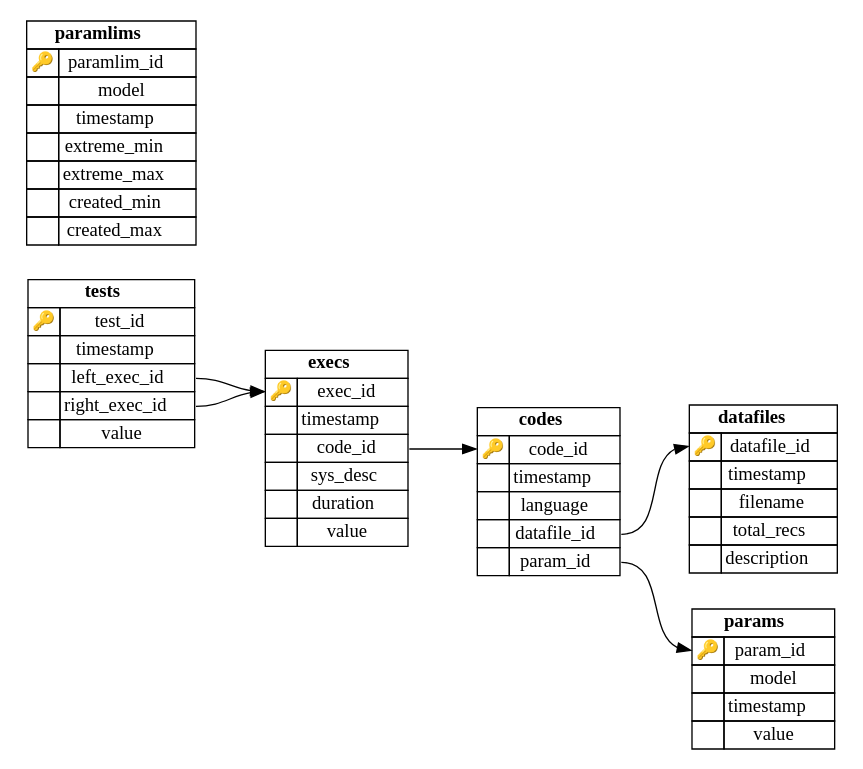
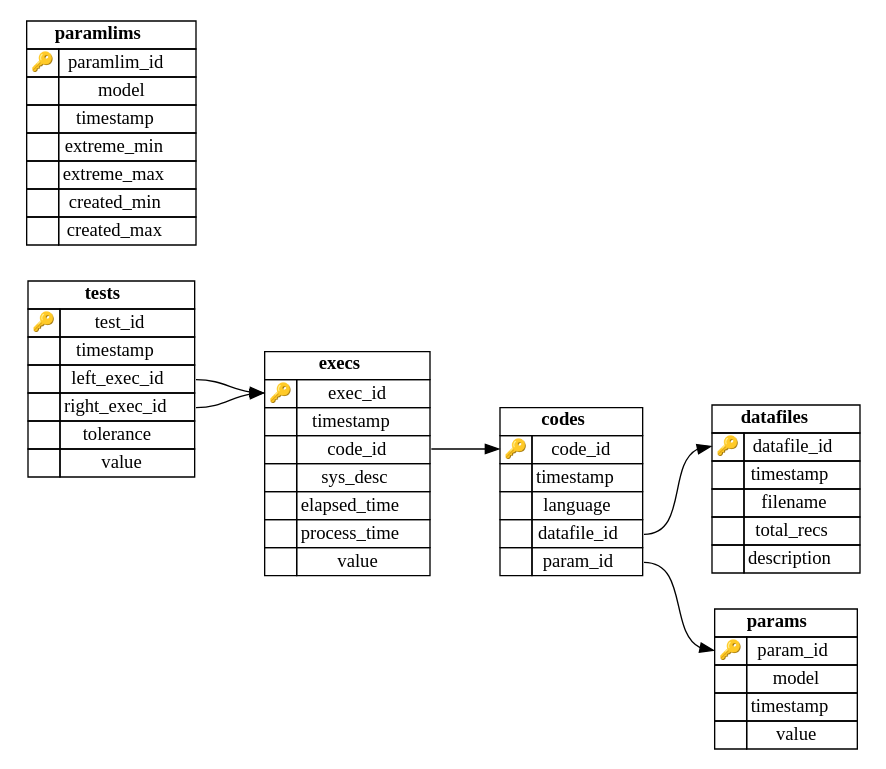
One commit to hgfernan/ctsa changed the diagram in doc/img/schema.dot. Above: the diagram before and after it, drawn with Graphviz. The commit also changed 11 other files, not shown here.

```diff
--- a/doc/img/schema.dot
+++ b/doc/img/schema.dot
@@ -114,8 +114,14 @@
             
 
                 <TR>
-                    <TD PORT="duration_to">&nbsp;</TD>
-                    <TD PORT="duration_from">duration</TD>
+                    <TD PORT="elapsed_time_to">&nbsp;</TD>
+                    <TD PORT="elapsed_time_from">elapsed_time</TD>
+                </TR>
+            
+
+                <TR>
+                    <TD PORT="process_time_to">&nbsp;</TD>
+                    <TD PORT="process_time_from">process_time</TD>
                 </TR>
             
 
@@ -240,6 +246,12 @@
             
 
                 <TR>
+                    <TD PORT="tolerance_to">&nbsp;</TD>
+                    <TD PORT="tolerance_from">tolerance</TD>
+                </TR>
+            
+
+                <TR>
                     <TD PORT="value_to">&nbsp;</TD>
                     <TD PORT="value_from">value</TD>
                 </TR>
```
